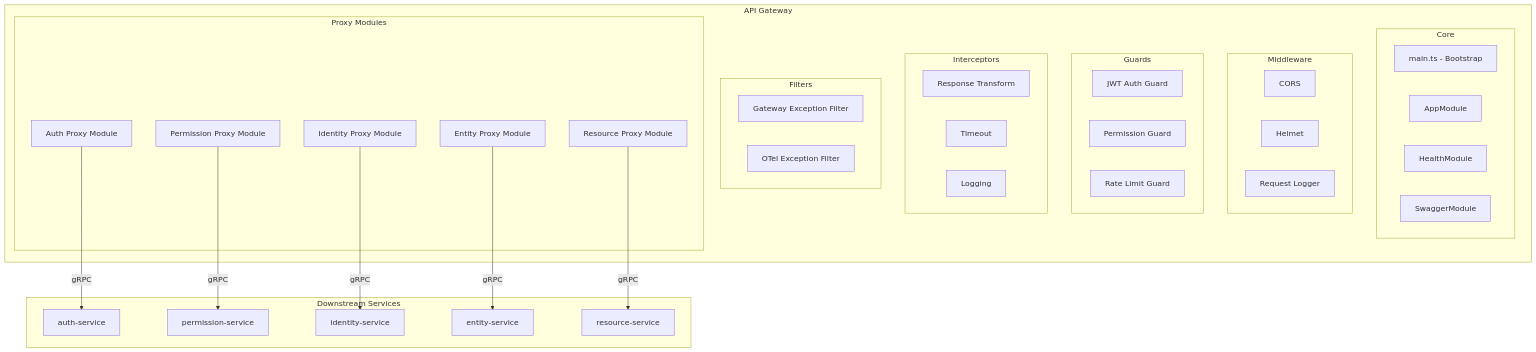
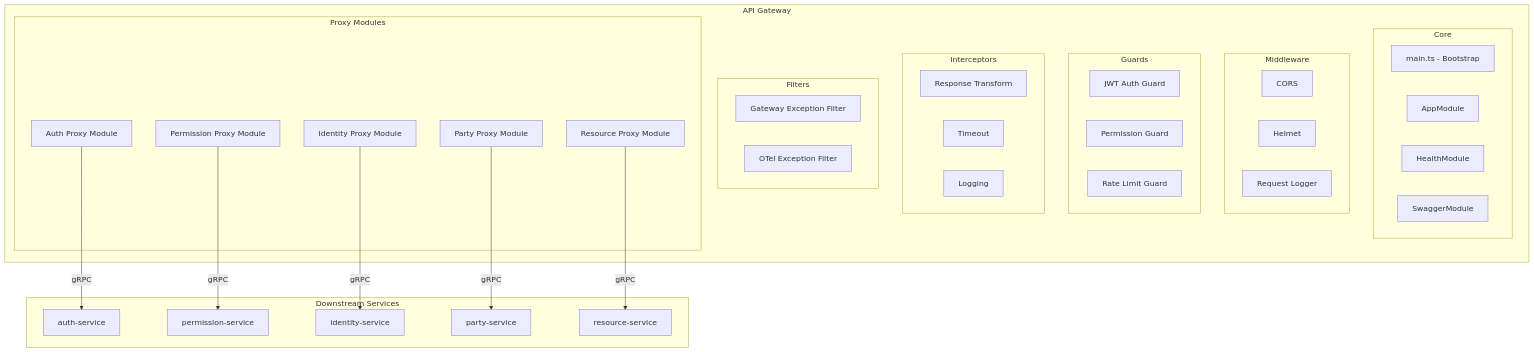
The fourth of 6 diagrams in src/services/api-gateway/api-gateway-design.md (imkgsam/oes), drawn with Mermaid before and after one commit. The commit also changed other lines of this file and 601 other files, not shown here.

````diff
--- a/src/services/api-gateway/api-gateway-design.md
+++ b/src/services/api-gateway/api-gateway-design.md
@@ -257,56 +257,56 @@
 ```mermaid
 flowchart TB
     subgraph API Gateway
         subgraph Core
             MAIN[main.ts - Bootstrap]
             APP[AppModule]
             HEALTH[HealthModule]
             SWAGGER[SwaggerModule]
         end
 
         subgraph Middleware
             CORS_MW[CORS]
             HELMET_MW[Helmet]
             REQ_LOG_MW[Request Logger]
         end
 
         subgraph Guards
             JWT_G[JWT Auth Guard]
             PERM_G[Permission Guard]
             RATE_G[Rate Limit Guard]
         end
 
         subgraph Interceptors
             RESP_I[Response Transform]
             TIMEOUT_I[Timeout]
             LOG_I[Logging]
         end
 
         subgraph Filters
             GW_EX_F[Gateway Exception Filter]
             OTEL_EX_F[OTel Exception Filter]
         end
 
         subgraph Proxy Modules
             AUTH_M[Auth Proxy Module]
             PERM_M[Permission Proxy Module]
             IDENT_M[Identity Proxy Module]
-            ENTITY_M[Entity Proxy Module]
+            PARTY_M[Party Proxy Module]
             RES_M[Resource Proxy Module]
         end
     end
 
     subgraph Downstream Services
         AUTH_S[auth-service]
         PERM_S[permission-service]
         IDENT_S[identity-service]
-        ENTITY_S[entity-service]
+        PARTY_S[party-service]
         RES_S[resource-service]
     end
 
     AUTH_M -->|gRPC| AUTH_S
     PERM_M -->|gRPC| PERM_S
     IDENT_M -->|gRPC| IDENT_S
-    ENTITY_M -->|gRPC| ENTITY_S
+    PARTY_M -->|gRPC| PARTY_S
     RES_M -->|gRPC| RES_S
 ```
````
